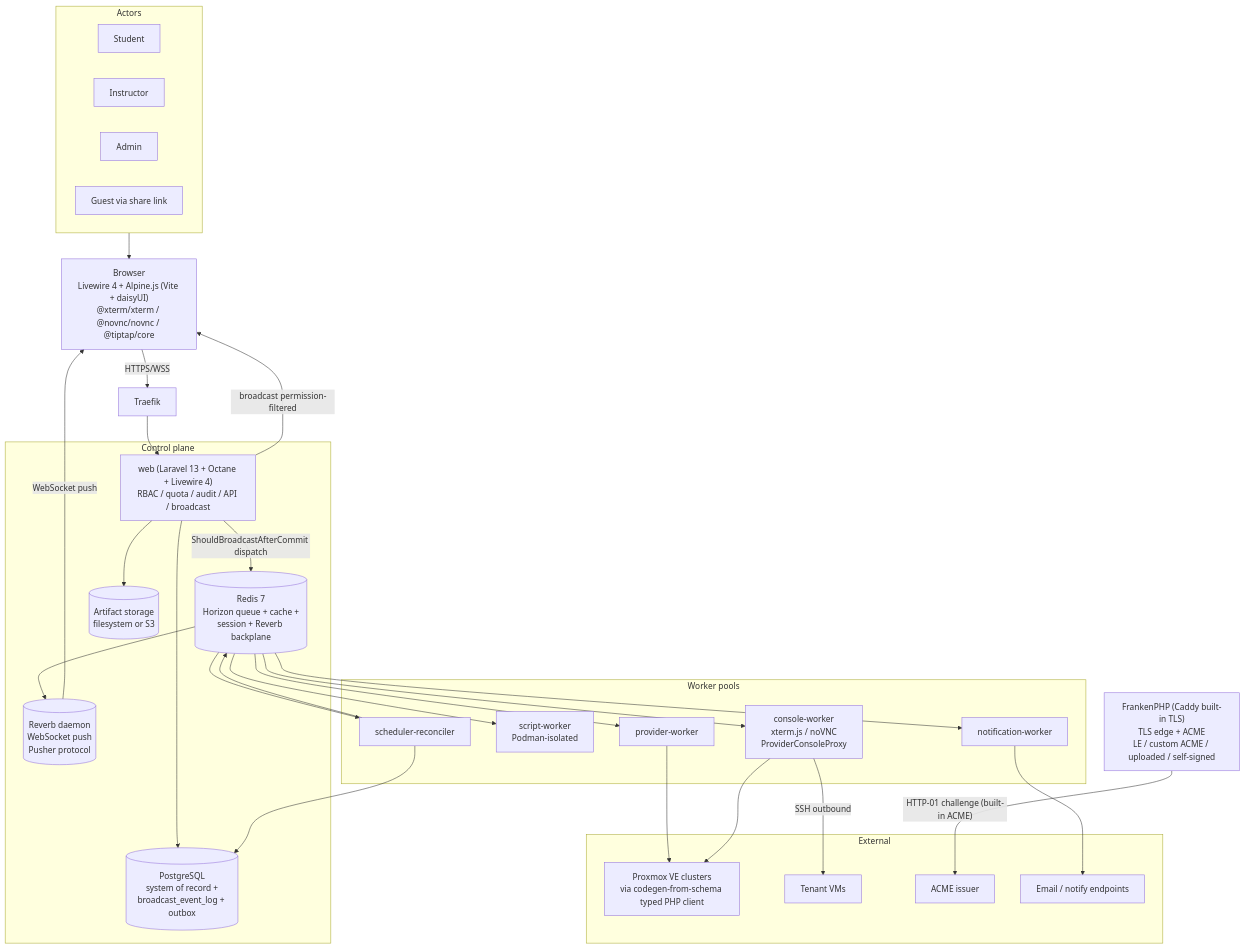
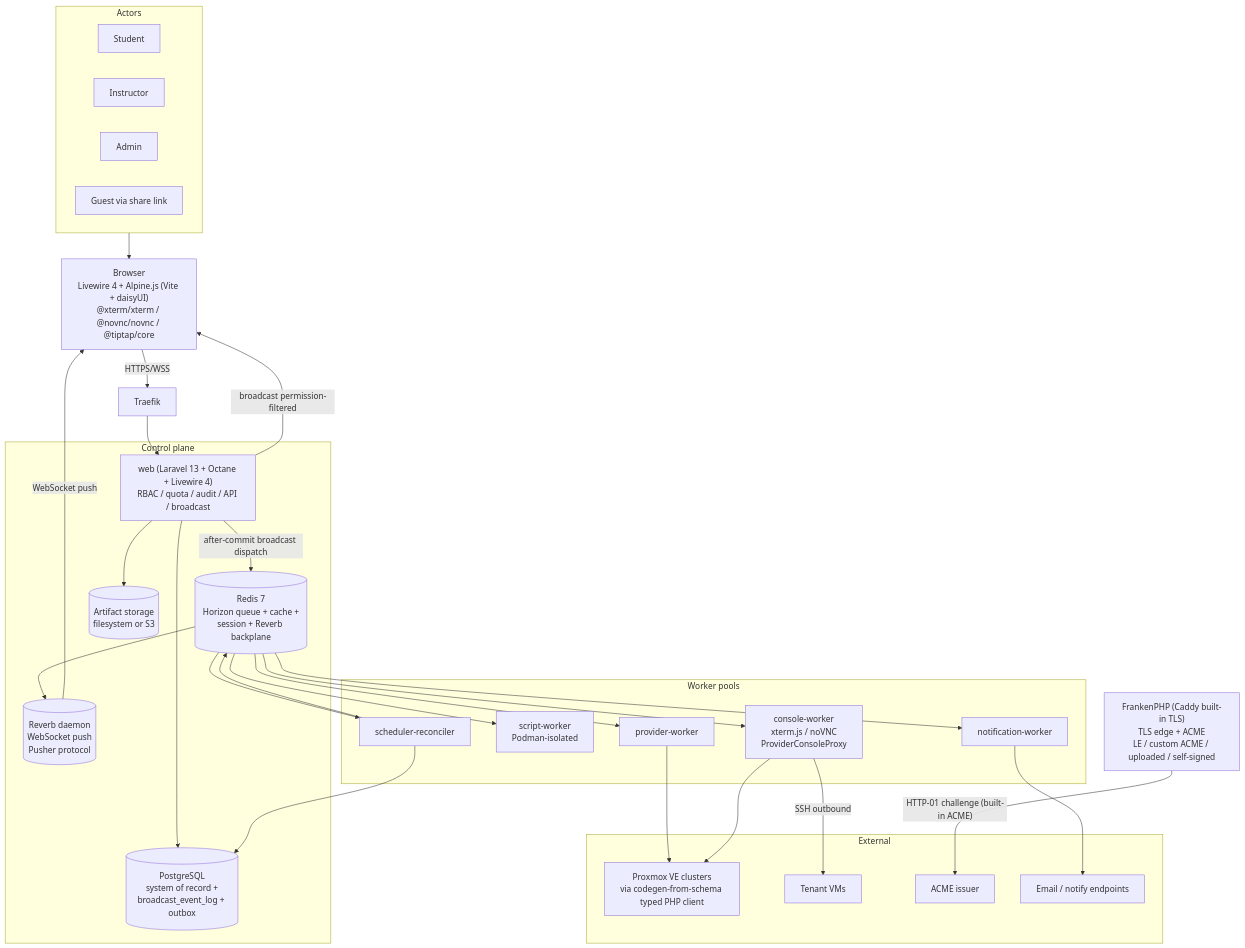
One commit to cyberbalsa/racklab changed the first of 8 diagrams in docs/architecture/diagrams.md. Above: the diagram before and after it, drawn with Mermaid. The commit also changed other lines of this file and 35 other files, not shown here.

````diff
--- a/docs/architecture/diagrams.md
+++ b/docs/architecture/diagrams.md
@@ -9,63 +9,63 @@
 ```mermaid
 graph TB
     subgraph Actors
         Student[Student]
         Instructor[Instructor]
         Admin[Admin]
         Guest[Guest via share link]
     end
 
     Browser["Browser<br/>Livewire 4 + Alpine.js (Vite + daisyUI)<br/>@xterm/xterm / @novnc/novnc / @tiptap/core"]
 
     Edge["FrankenPHP (Caddy built-in TLS)<br/>TLS edge + ACME<br/>LE / custom ACME / uploaded / self-signed"]
 
     subgraph Core [Control plane]
         Web["web (Laravel 13 + Octane + Livewire 4)<br/>RBAC / quota / audit / API / broadcast"]
         Postgres[(PostgreSQL<br/>system of record +<br/>broadcast_event_log + outbox)]
         Redis[(Redis 7<br/>Horizon queue + cache +<br/>session + Reverb backplane)]
         Reverb[(Reverb daemon<br/>WebSocket push<br/>Pusher protocol)]
         ArtStore[(Artifact storage<br/>filesystem or S3)]
     end
 
     subgraph Workers [Worker pools]
         ProvW[provider-worker]
         ScriptW["script-worker<br/>Podman-isolated"]
         ConsW["console-worker<br/>xterm.js / noVNC<br/>ProviderConsoleProxy"]
         SchedW[scheduler-reconciler]
         NotifW[notification-worker]
     end
 
     subgraph External
         Proxmox["Proxmox VE clusters<br/>via codegen-from-schema typed PHP client"]
         VMs[Tenant VMs]
         ACME[ACME issuer]
         SMTP[Email / notify endpoints]
     end
 
     Actors --> Browser
     Browser -- HTTPS/WSS --> Traefik
     Traefik --> Web
     Web --> Postgres
-    Web -- "ShouldBroadcastAfterCommit dispatch" --> Redis
+    Web -- "after-commit broadcast dispatch" --> Redis
     Web --> ArtStore
 
     Redis --> ProvW
     Redis --> ScriptW
     Redis --> ConsW
     Redis --> SchedW
     Redis --> NotifW
 
     Redis --> Reverb
     Reverb -- "WebSocket push" --> Browser
 
     ProvW --> Proxmox
     ConsW --> Proxmox
     ConsW -- "SSH outbound" --> VMs
     SchedW --> Postgres
     SchedW --> Redis
     NotifW --> SMTP
 
     Edge -- "HTTP-01 challenge (built-in ACME)" --> ACME
 
     Web -- "broadcast permission-filtered" --> Browser
 ```
````
